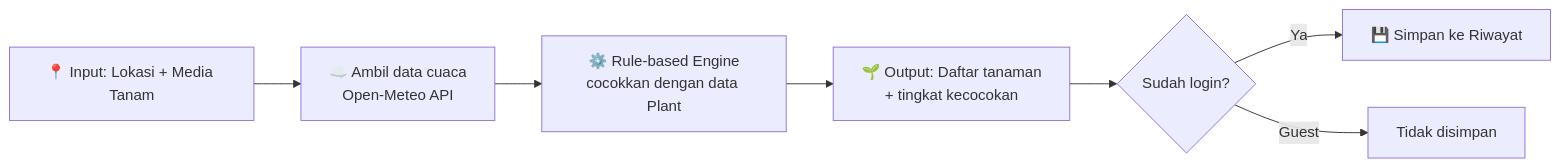
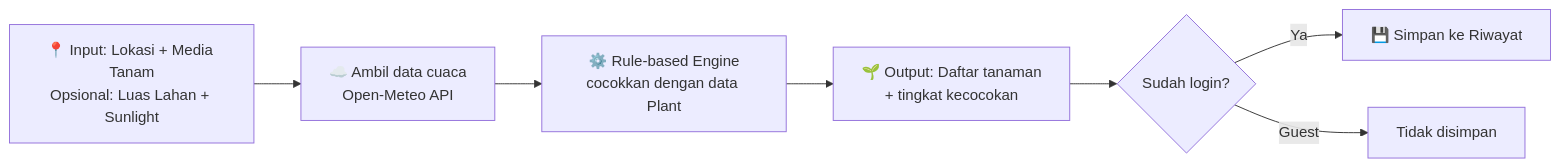
Before and after one commit to PBP-C13-25/NANEM: the diagram in README.md, drawn with Mermaid. The commit also changed other lines of this file, not shown here.

Commit message:
docs: specify optional land area and sunlight inputs

````diff
--- a/README.md
+++ b/README.md
@@ -69,9 +76,9 @@
 ```mermaid
 flowchart LR
-    A[📍 Input: Lokasi + Media Tanam] --> B[☁️ Ambil data cuaca<br/>Open-Meteo API]
+    A[📍 Input: Lokasi + Media Tanam<br/>Opsional: Luas Lahan + Sunlight] --> B[☁️ Ambil data cuaca<br/>Open-Meteo API]
     B --> C[⚙️ Rule-based Engine<br/>cocokkan dengan data Plant]
     C --> D[🌱 Output: Daftar tanaman<br/>+ tingkat kecocokan]
     D --> E{Sudah login?}
     E -- Ya --> F[💾 Simpan ke Riwayat]
     E -- Guest --> G[Tidak disimpan]
 ```
````
